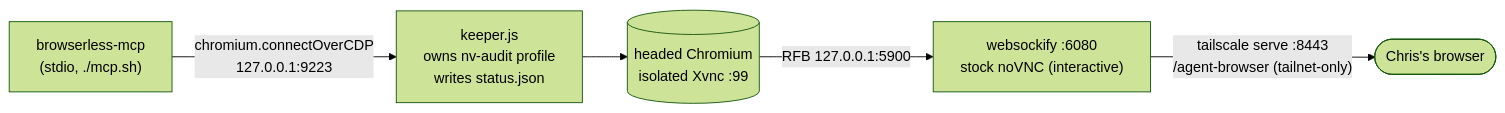
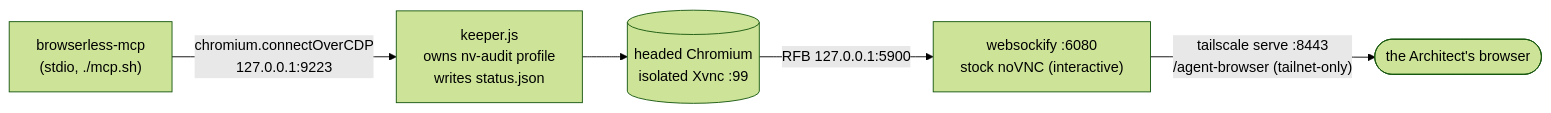
Before and after one commit to toxicwind/ranch: the diagram in mesh/browserless/keeper/README.md, drawn with Mermaid (forest theme). The commit also changed other lines of this file and 347 other files, not shown here.

````diff
--- a/mesh/browserless/keeper/README.md
+++ b/mesh/browserless/keeper/README.md
@@ -13,7 +13,7 @@
 ```mermaid
 flowchart LR
     mcp["browserless-mcp<br/>(stdio, ./mcp.sh)"] -- "chromium.connectOverCDP<br/>127.0.0.1:9223" --> keeper["keeper.js<br/>owns nv-audit profile<br/>writes status.json"]
     keeper --> chrom[("headed Chromium<br/>isolated Xvnc :99")]
     chrom -- "RFB 127.0.0.1:5900" --> vnc["websockify :6080<br/>stock noVNC (interactive)"]
-    vnc -- "tailscale serve :8443<br/>/agent-browser (tailnet-only)" --> user([Chris's browser])
+    vnc -- "tailscale serve :8443<br/>/agent-browser (tailnet-only)" --> user([the Architect's browser])
 ```
````
